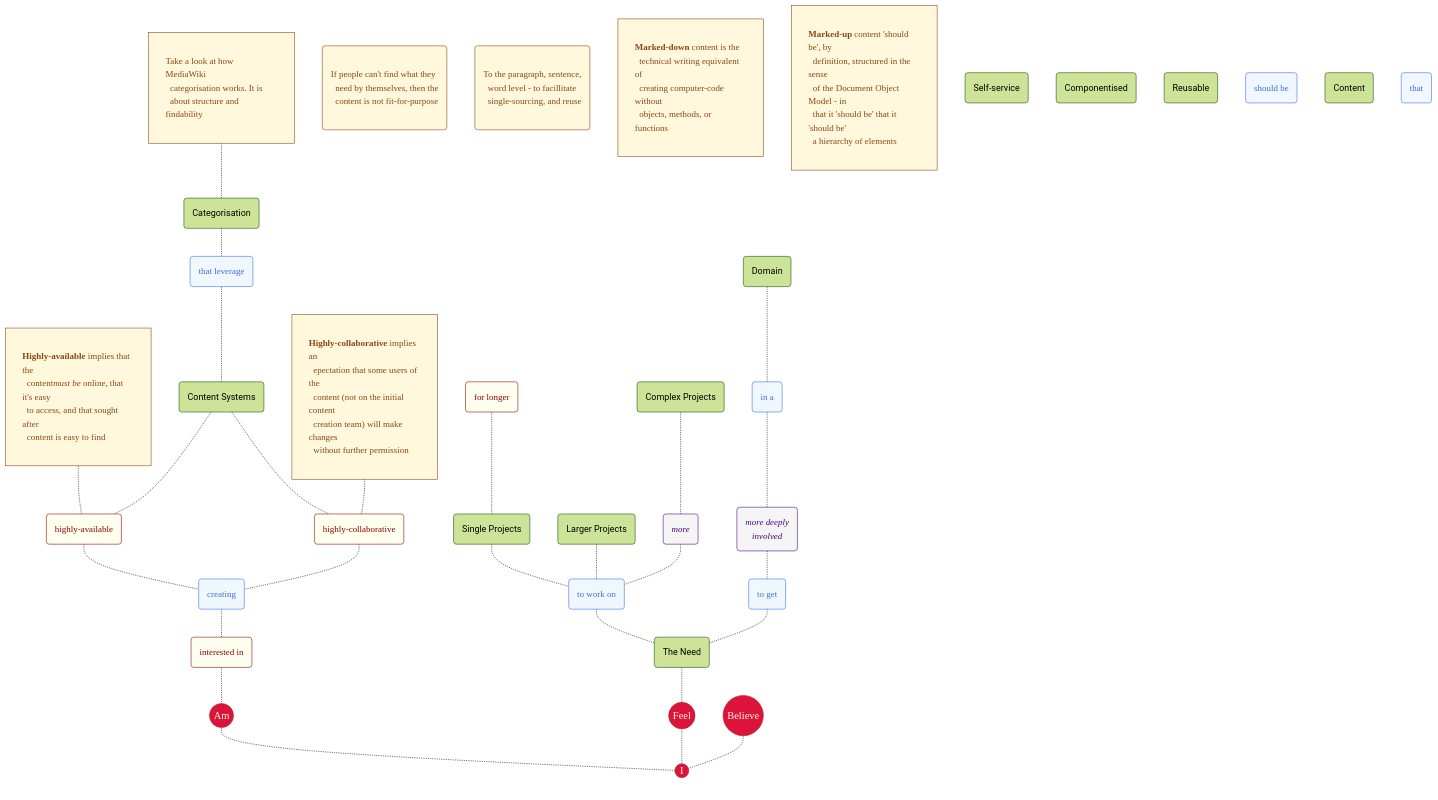
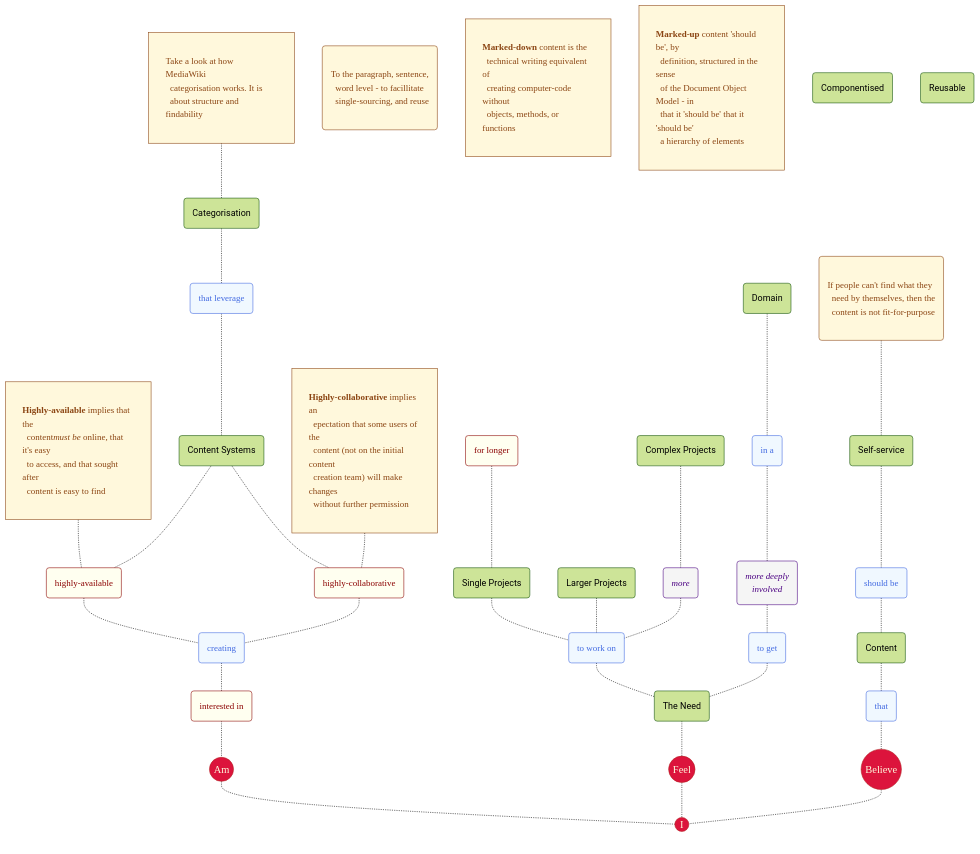
Before and after one commit to joe-dorward/samples: the diagram in my_mermaid_mindmap_2.md, drawn with Mermaid.

````diff
--- a/my_mermaid_mindmap_2.md
+++ b/my_mermaid_mindmap_2.md
@@ -97,5 +97,10 @@
 
   class SHOULD_BE_1,THAT_1 Verb;
 
+  SELF_SERVICE_NOTE-.-SELF_SERVICE-.-SHOULD_BE_1
+
+  SHOULD_BE_1-.-
+  CONTENT_1-.-
+  THAT_1-.-
   BELIEVE-.-I
 ```
````
